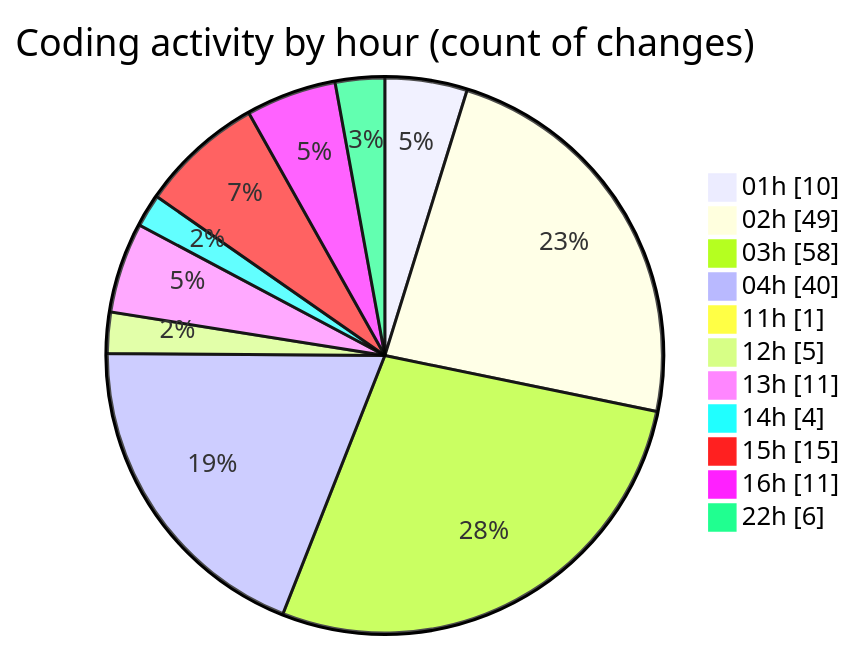
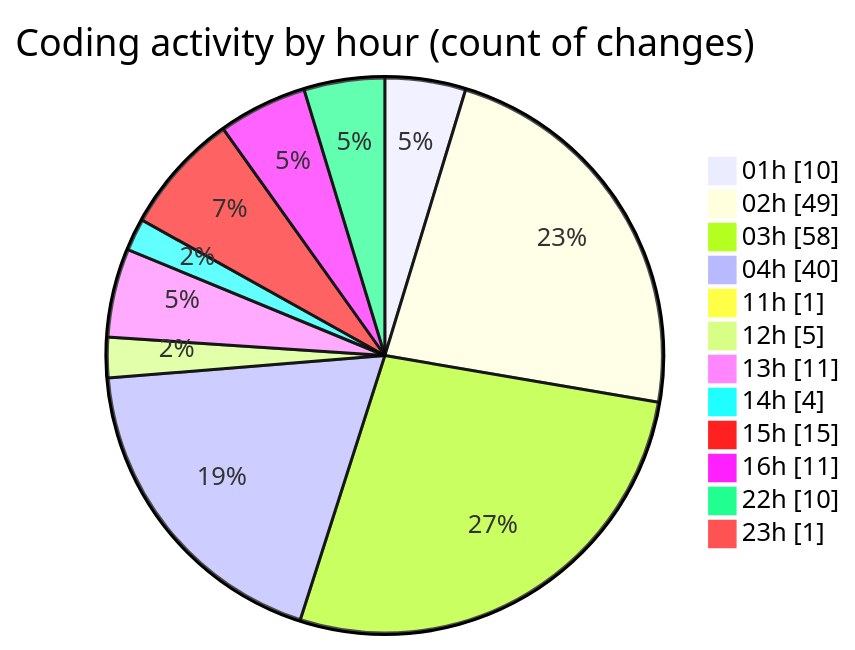
One commit to julien-gomy/code-tracking changed the second of 2 diagrams in 2025-11-21/eventscop-frontend-guide__workspace_/README.md. Above: the diagram before and after it, drawn with Mermaid. The commit also changed other lines of this file and 1 other file, not shown here.

````diff
--- a/2025-11-21/eventscop-frontend-guide__workspace_/README.md
+++ b/2025-11-21/eventscop-frontend-guide__workspace_/README.md
@@ -78,15 +78,16 @@
 ```mermaid
 pie showData
 title Coding activity by hour (count of changes)
 "01h" : 10
 "02h" : 49
 "03h" : 58
 "04h" : 40
 "11h" : 1
 "12h" : 5
 "13h" : 11
 "14h" : 4
 "15h" : 15
 "16h" : 11
-"22h" : 6
+"22h" : 10
+"23h" : 1
 ```
````
